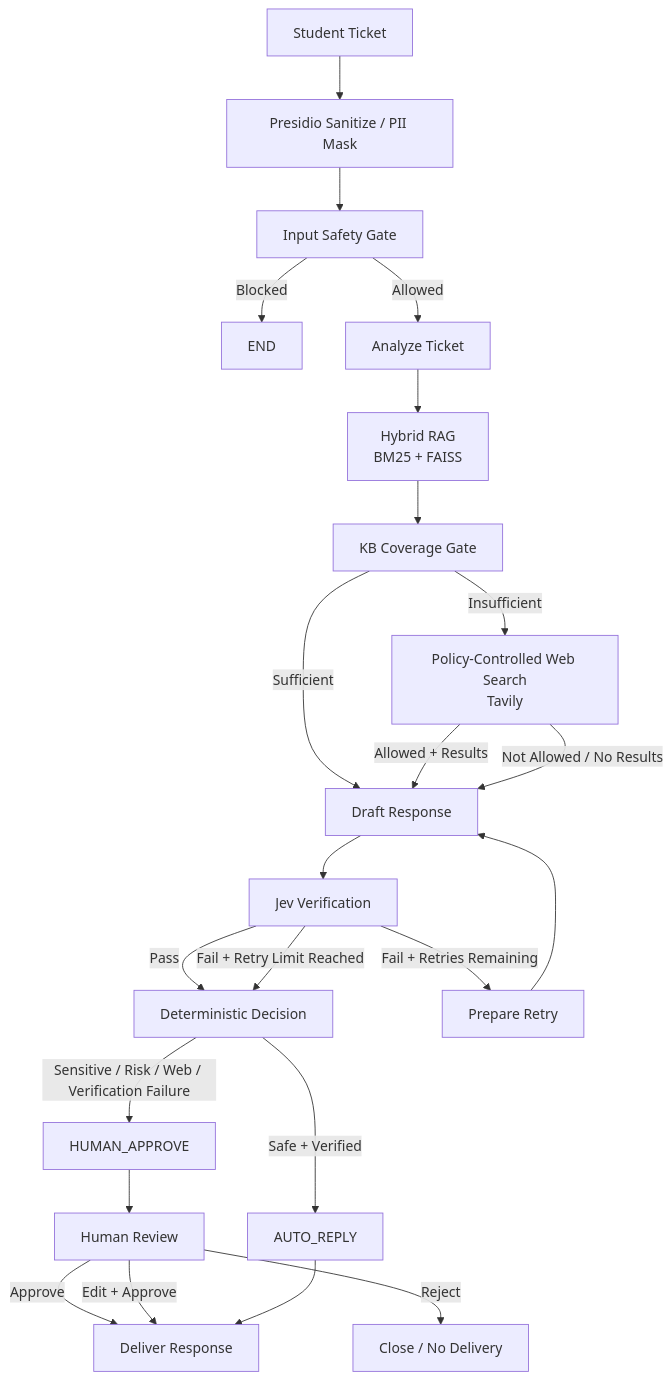
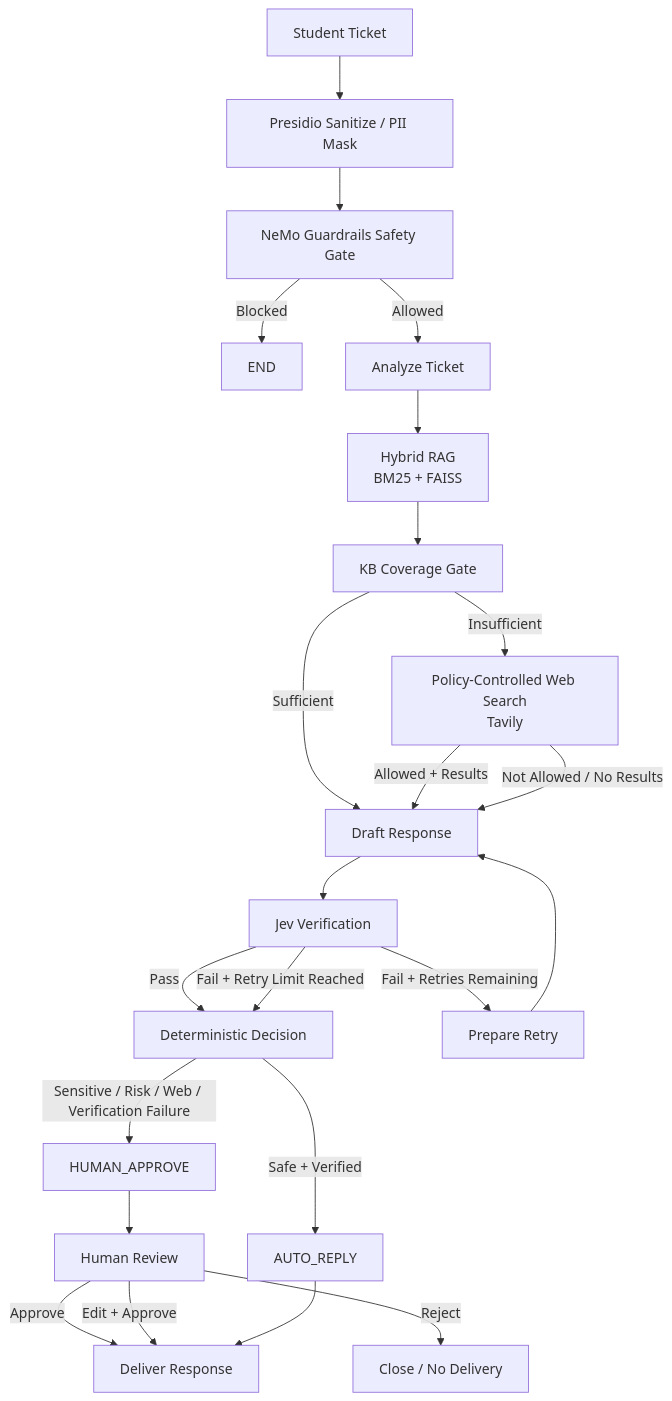
The first of 2 diagrams in README.md (AlienXc137/Support-Ticket-Ai-Agent-with-RAG-Guardrails-and-Jev), drawn with Mermaid before and after one commit. The commit also changed other lines of this file, not shown here.

Commit message:
readme update

````diff
--- a/README.md
+++ b/README.md
@@ -39,34 +39,34 @@
 ```mermaid
 flowchart TD
     A[Student Ticket] --> B[Presidio Sanitize / PII Mask]
-    B --> C[Input Safety Gate]
+    B --> C[NeMo Guardrails Safety Gate]
 
     C -->|Blocked| X[END]
     C -->|Allowed| D[Analyze Ticket]
 
     D --> E[Hybrid RAG<br/>BM25 + FAISS]
     E --> F[KB Coverage Gate]
 
     F -->|Sufficient| H[Draft Response]
     F -->|Insufficient| G[Policy-Controlled Web Search<br/>Tavily]
 
     G -->|Allowed + Results| H
     G -->|Not Allowed / No Results| H
 
     H --> I[Jev Verification]
 
     I -->|Pass| J[Deterministic Decision]
     I -->|Fail + Retries Remaining| K[Prepare Retry]
     K --> H
     I -->|Fail + Retry Limit Reached| J
 
     J -->|Safe + Verified| L[AUTO_REPLY]
     J -->|Sensitive / Risk / Web / Verification Failure| M[HUMAN_APPROVE]
 
     M --> N[Human Review]
     N -->|Approve| O[Deliver Response]
     N -->|Edit + Approve| O
     N -->|Reject| P[Close / No Delivery]
 
     L --> O
 ```
````
